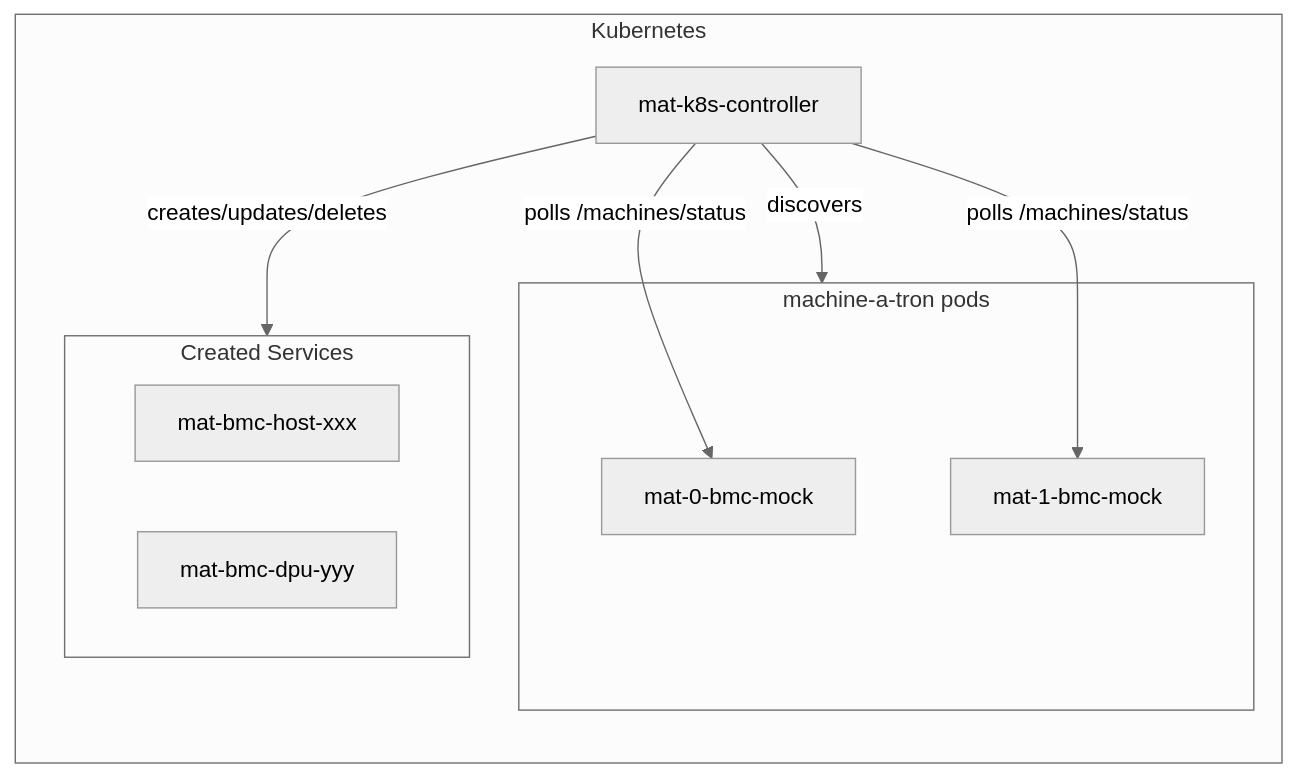
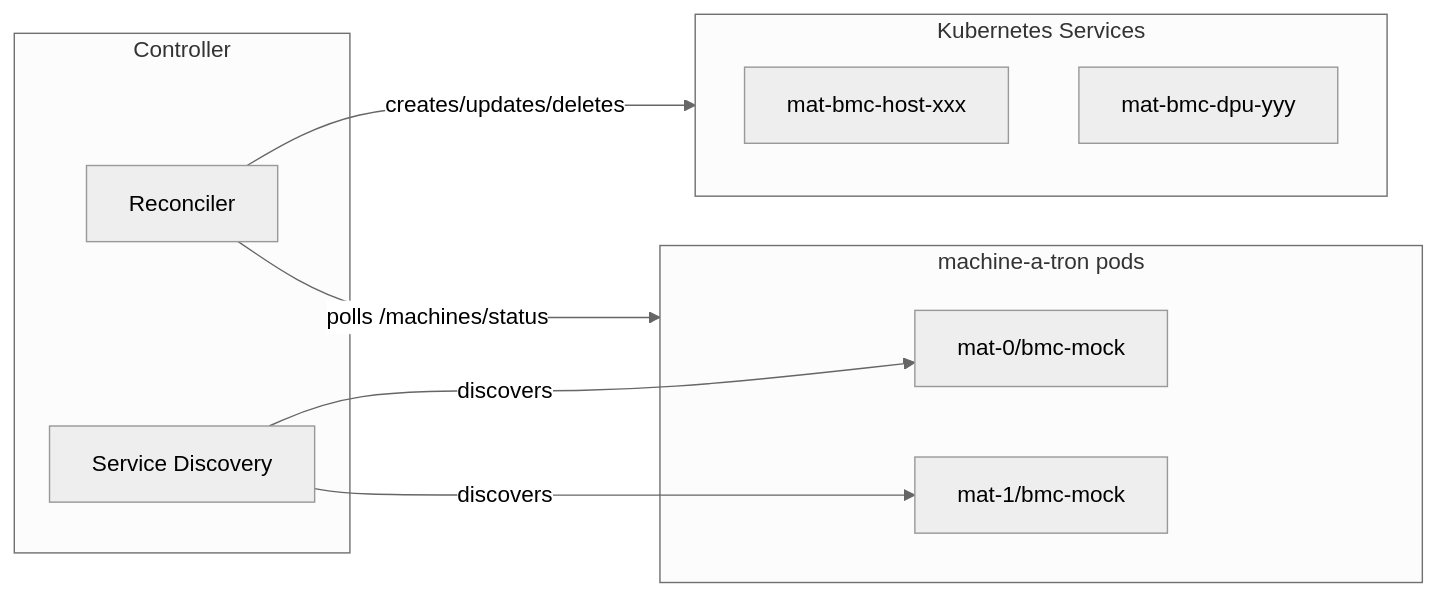
One commit to roehrijn/infra-controller changed the diagram in dev/k8s/machine-a-tron-controller/README.md. Above: the diagram before and after it, drawn with Mermaid (neutral theme). The commit also changed other lines of this file and 10 other files, not shown here.

Commit message:
fix(machine-a-tron-ctrl): pr review issues

````diff
--- a/dev/k8s/machine-a-tron-controller/README.md
+++ b/dev/k8s/machine-a-tron-controller/README.md
@@ -109,19 +87,22 @@
 ```mermaid
 flowchart LR
-    subgraph K8s[Kubernetes]
-        Controller[mat-k8s-controller]
-        subgraph MAT[machine-a-tron pods]
-            MAT0[mat-0-bmc-mock]
-            MAT1[mat-1-bmc-mock]
-        end
-        subgraph Services[Created Services]
-            Svc1[mat-bmc-host-xxx]
-            Svc2[mat-bmc-dpu-yyy]
-        end
+    subgraph MAT[machine-a-tron pods]
+        MAT0[mat-0/bmc-mock]
+        MAT1[mat-1/bmc-mock]
     end
 
-    Controller -->|discovers| MAT
-    Controller -->|polls /machines/status| MAT0
-    Controller -->|polls /machines/status| MAT1
-    Controller -->|creates/updates/deletes| Services
+    subgraph Controller
+        Discovery[Service Discovery]
+        Reconciler[Reconciler]
+    end
+
+    subgraph K8s[Kubernetes Services]
+        SVC1[mat-bmc-host-xxx]
+        SVC2[mat-bmc-dpu-yyy]
+    end
+
+    Discovery -->|discovers| MAT0
+    Discovery -->|discovers| MAT1
+    Reconciler -->|polls /machines/status| MAT
+    Reconciler -->|creates/updates/deletes| K8s
 ```
````
